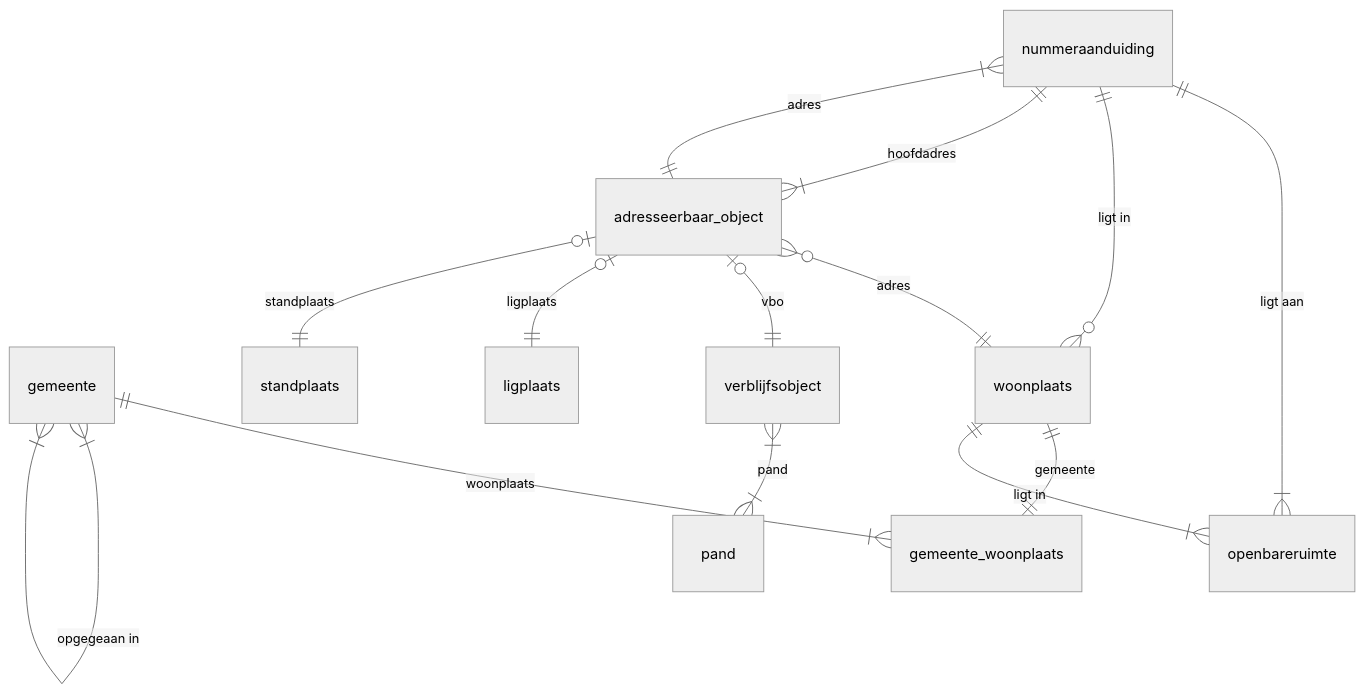
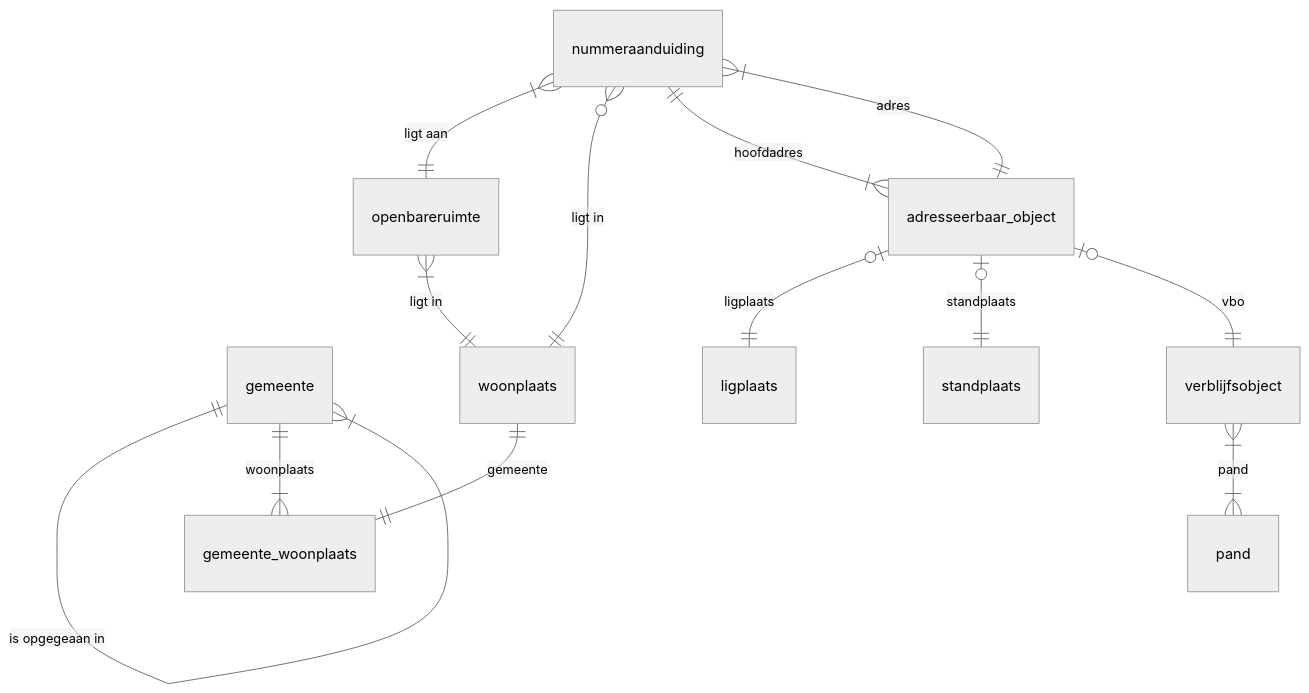
Before and after one commit to delostilos/dbt-bag: the diagram in bag_duckdb/README.md, drawn with Mermaid (neutral theme).

Commit message:
Andere indeling diagram tbv layout

````diff
--- a/bag_duckdb/README.md
+++ b/bag_duckdb/README.md
@@ -31,17 +31,16 @@
 ```mermaid
 erDiagram
 
+    gemeente ||--|{ gemeente : "is opgegeaan in"
     gemeente ||--|{ gemeente_woonplaats : "woonplaats"
-    woonplaats ||--|| gemeente_woonplaats : "gemeente"
-    gemeente }|--|{ gemeente : "opgegeaan in"
-    woonplaats ||--|{ openbareruimte : "ligt in"
-    nummeraanduiding ||--|{ openbareruimte : "ligt aan" 
-    nummeraanduiding ||--o{ woonplaats : "ligt in"
+    woonplaats   ||--|| gemeente_woonplaats : "gemeente"
+    openbareruimte }|--|| woonplaats : "ligt in"
+    nummeraanduiding }|--|| openbareruimte : "ligt aan" 
+    nummeraanduiding }o--|| woonplaats : "ligt in"
     adresseerbaar_object ||--|{ nummeraanduiding : "adres"
     nummeraanduiding ||--|{ adresseerbaar_object : "hoofdadres"
-    adresseerbaar_object }o--|| woonplaats : "adres"
-    adresseerbaar_object |o--|| verblijfsobject : "vbo"
     adresseerbaar_object |o--|| ligplaats : "ligplaats"
     adresseerbaar_object |o--|| standplaats : "standplaats"
+    adresseerbaar_object |o--|| verblijfsobject : "vbo"
     verblijfsobject }|--|{ pand : "pand"
 ```
````
